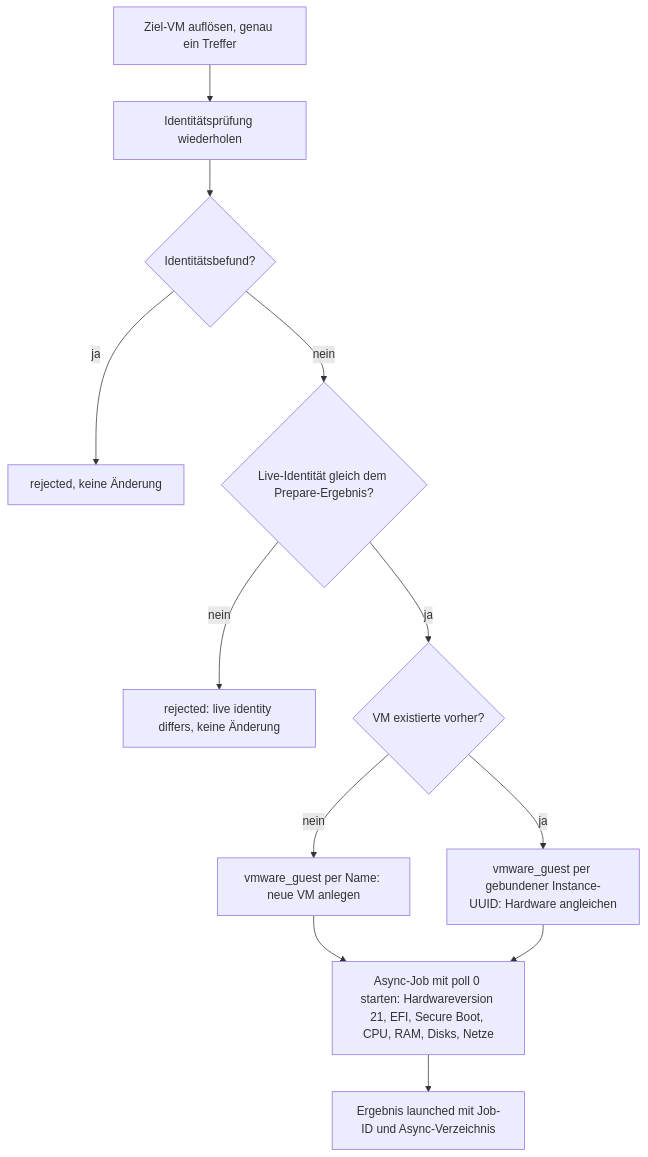
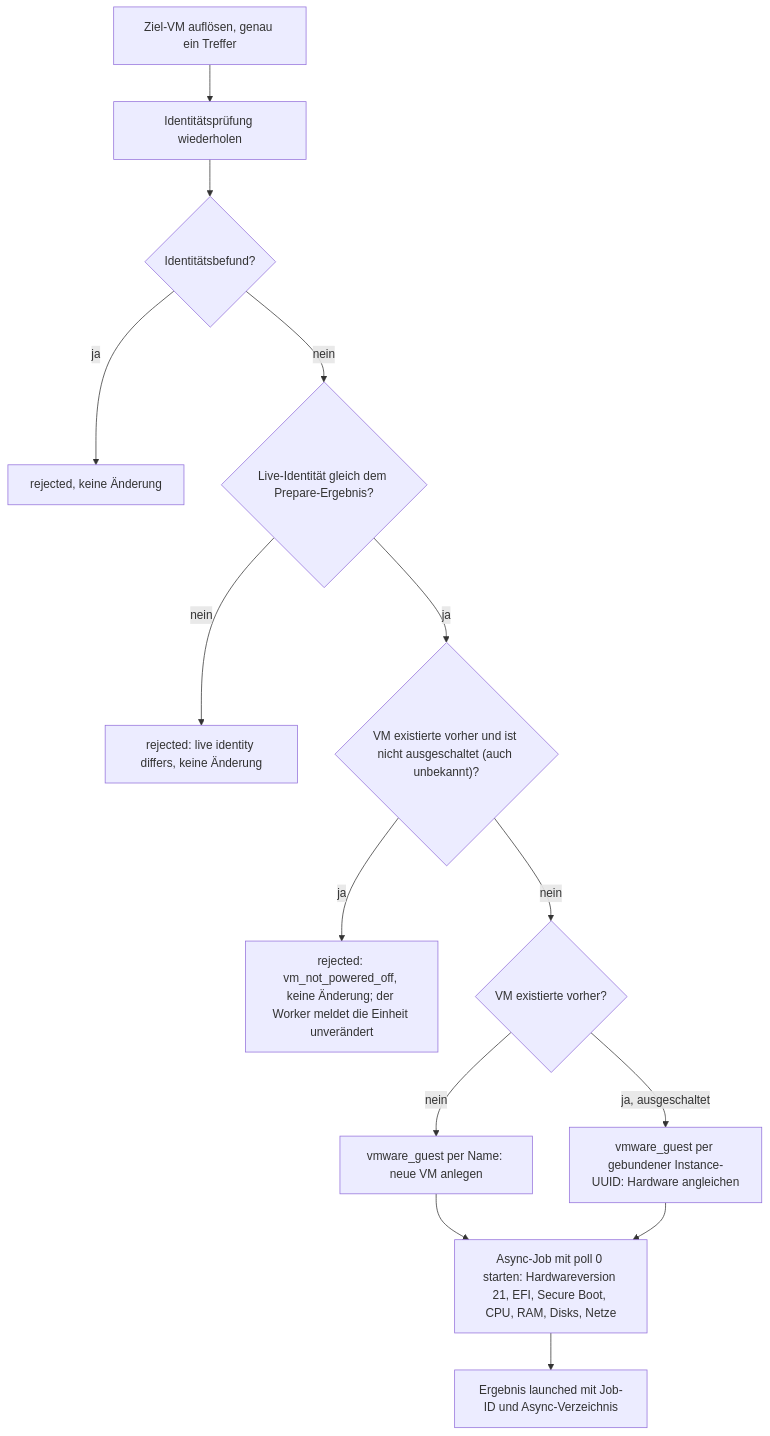
The sixth of 13 diagrams in docs/operations/deploy-flows.md (Samy94M/VirtuSphere-v2-WebApp), drawn with Mermaid before and after one commit. The commit also changed other lines of this file and 28 other files, not shown here.

````diff
--- a/docs/operations/deploy-flows.md
+++ b/docs/operations/deploy-flows.md
@@ -236,14 +240,16 @@
 ```mermaid
 flowchart TD
   A["Ziel-VM auflösen, genau ein Treffer"] --> B["Identitätsprüfung wiederholen"]
   B --> C{"Identitätsbefund?"}
   C -->|ja| CX["rejected, keine Änderung"]
   C -->|nein| D{"Live-Identität gleich dem Prepare-Ergebnis?"}
   D -->|nein| DX["rejected: live identity differs, keine Änderung"]
-  D -->|ja| E{"VM existierte vorher?"}
+  D -->|ja| W{"VM existierte vorher und ist nicht ausgeschaltet (auch unbekannt)?"}
+  W -->|ja| WX["rejected: vm_not_powered_off, keine Änderung; der Worker meldet die Einheit unverändert"]
+  W -->|nein| E{"VM existierte vorher?"}
   E -->|nein| E1["vmware_guest per Name: neue VM anlegen"]
-  E -->|ja| E2["vmware_guest per gebundener Instance-UUID: Hardware angleichen"]
+  E -->|ja, ausgeschaltet| E2["vmware_guest per gebundener Instance-UUID: Hardware angleichen"]
   E1 --> F["Async-Job mit poll 0 starten: Hardwareversion 21, EFI, Secure Boot, CPU, RAM, Disks, Netze"]
   E2 --> F
   F --> G["Ergebnis launched mit Job-ID und Async-Verzeichnis"]
 ```
````
